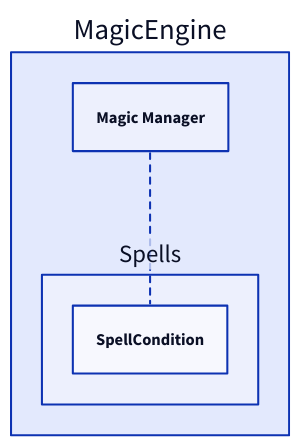
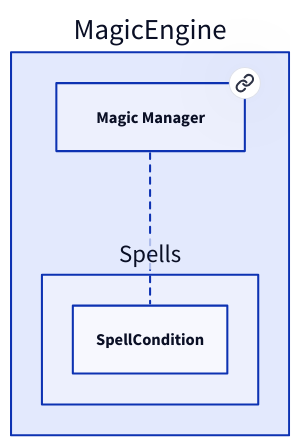
Before and after one commit to Portevent/Brume-Documentation: the diagram in doc/MagicEngine/Spells/SpellCondition.md, drawn with D2. The commit also changed 88 other files, not shown here.

````diff
--- a/doc/MagicEngine/Spells/SpellCondition.md
+++ b/doc/MagicEngine/Spells/SpellCondition.md
@@ -14,10 +14,12 @@
 ```d2
 # Nodes :
 MagicEngine: {
-    MagicManager: Magic Manager
+    MagicManager: Magic Manager {
+       link: MagicManager
+    }
 }
 
 # Links :
 MagicEngine.MagicManager -- MagicEngine.Spells.SpellCondition: {style.stroke-dash: 3}
 
 ```
````
